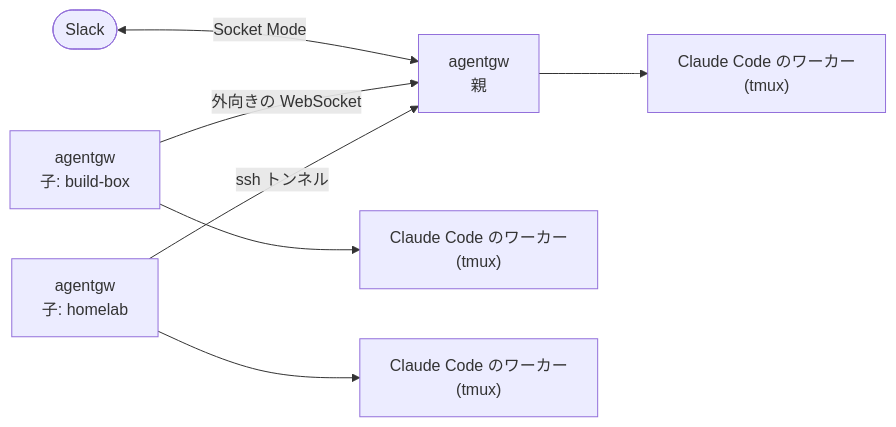
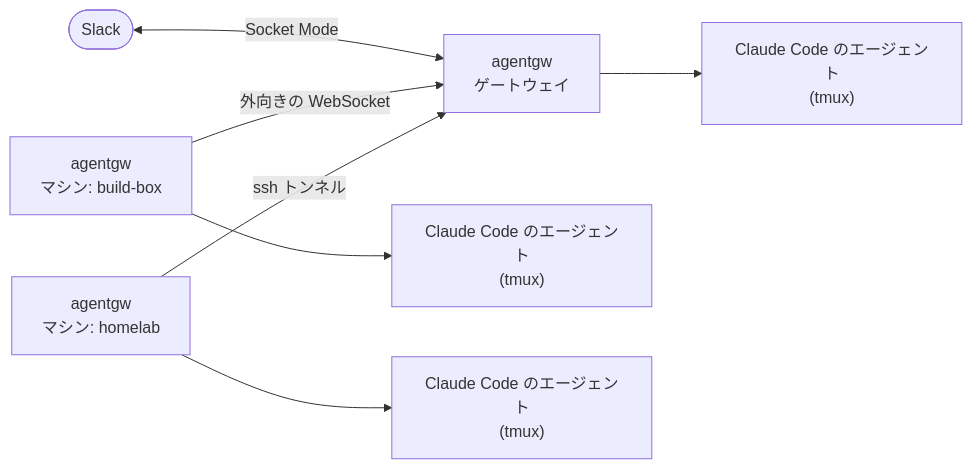
The diagram in README.ja.md (takashito/agentgw), drawn with Mermaid before and after one commit. The commit also changed other lines of this file and 20 other files, not shown here.

````diff
--- a/README.ja.md
+++ b/README.ja.md
@@ -115,9 +115,9 @@
 ```mermaid
 flowchart LR
-    S(["Slack"]) <-->|Socket Mode| P["agentgw<br/>親"]
-    P --> WP["Claude Code のワーカー<br/>(tmux)"]
-    C1["agentgw<br/>子: build-box"] -->|外向きの WebSocket| P
-    C2["agentgw<br/>子: homelab"] -->|ssh トンネル| P
-    C1 --> W1["Claude Code のワーカー<br/>(tmux)"]
-    C2 --> W2["Claude Code のワーカー<br/>(tmux)"]
+    S(["Slack"]) <-->|Socket Mode| P["agentgw<br/>ゲートウェイ"]
+    P --> WP["Claude Code のエージェント<br/>(tmux)"]
+    C1["agentgw<br/>マシン: build-box"] -->|外向きの WebSocket| P
+    C2["agentgw<br/>マシン: homelab"] -->|ssh トンネル| P
+    C1 --> W1["Claude Code のエージェント<br/>(tmux)"]
+    C2 --> W2["Claude Code のエージェント<br/>(tmux)"]
 ```
````
